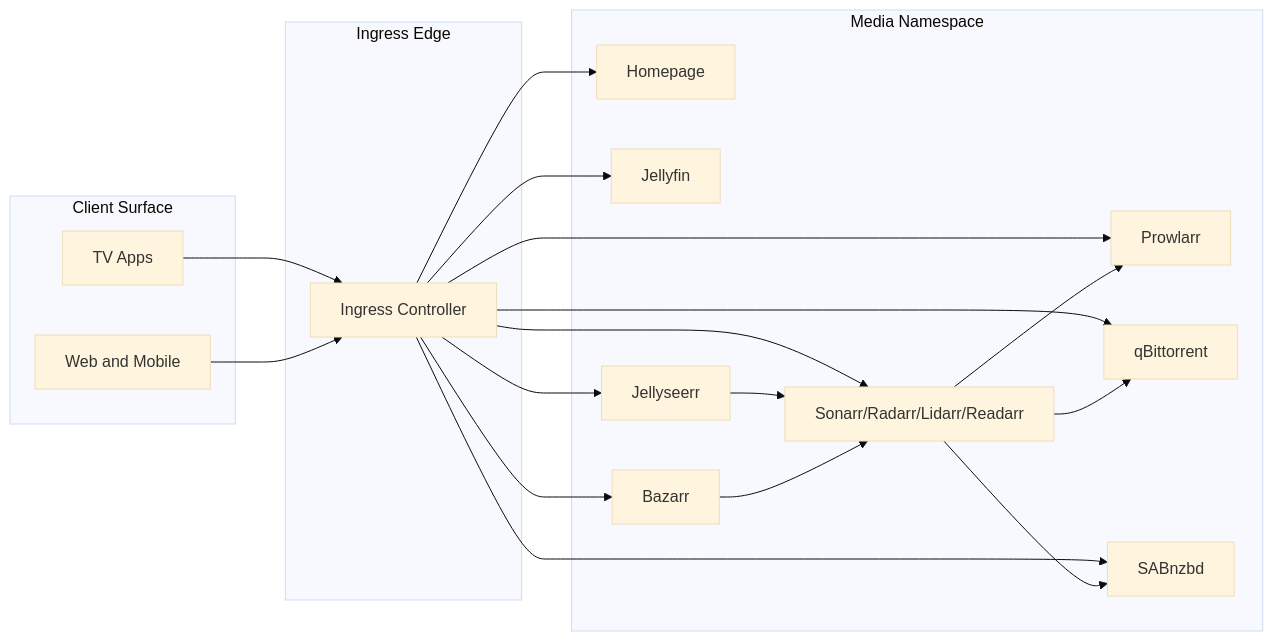
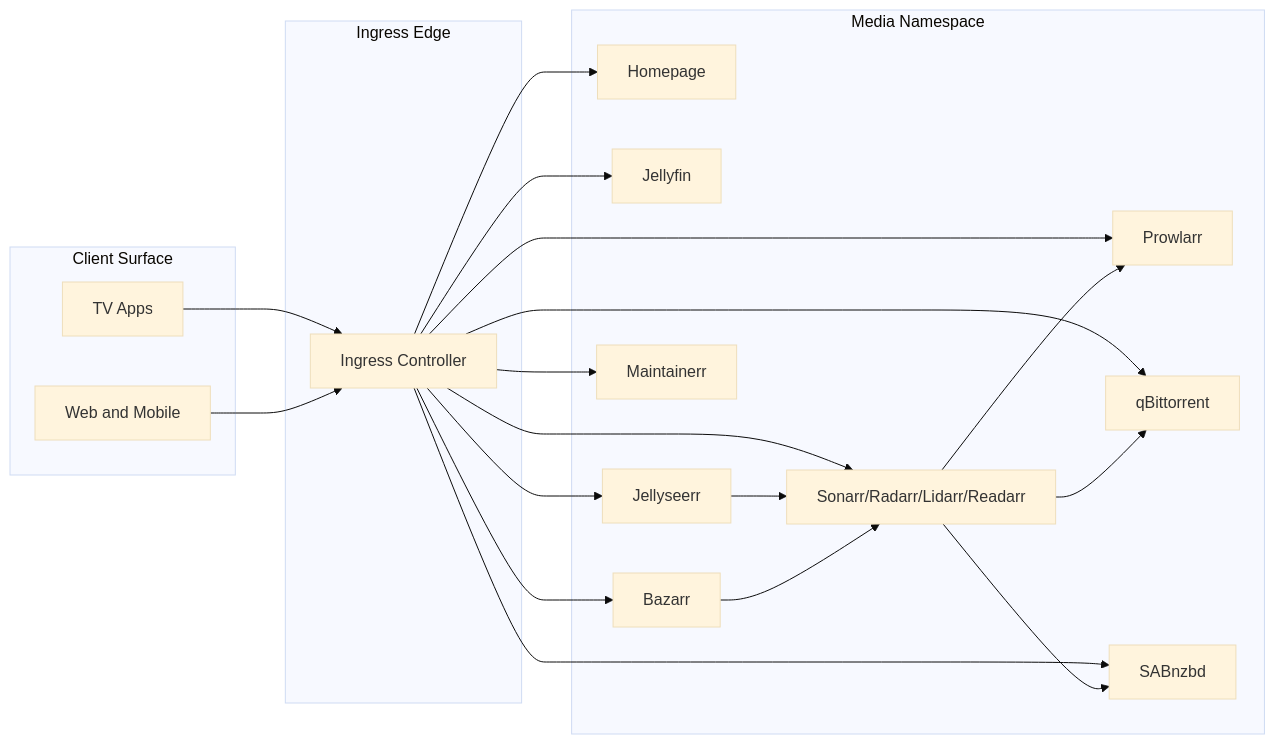
The first of 3 diagrams in docs/architecture.md (mploschiavo/mediaserver), drawn with Mermaid (base theme) before and after one commit. The commit also changed other lines of this file and 63 other files, not shown here.

````diff
--- a/docs/architecture.md
+++ b/docs/architecture.md
@@ -35,40 +36,42 @@
 ```mermaid
 flowchart LR
   subgraph Clients[Client Surface]
     TV[TV Apps]
     WEB[Web and Mobile]
   end
 
   subgraph Edge[Ingress Edge]
     ING[Ingress Controller]
   end
 
   subgraph Stack[Media Namespace]
     HOME[Homepage]
     JF[Jellyfin]
     JS[Jellyseerr]
     PR[Prowlarr]
     ARR[Sonarr/Radarr/Lidarr/Readarr]
     BAZ[Bazarr]
     QB[qBittorrent]
     SAB[SABnzbd]
+    MTR[Maintainerr]
   end
 
   TV --> ING
   WEB --> ING
 
   ING --> HOME
   ING --> JF
   ING --> JS
   ING --> PR
   ING --> ARR
   ING --> BAZ
   ING --> QB
   ING --> SAB
+  ING --> MTR
 
   JS --> ARR
   ARR --> PR
   ARR --> QB
   ARR --> SAB
   BAZ --> ARR
 ```
````
